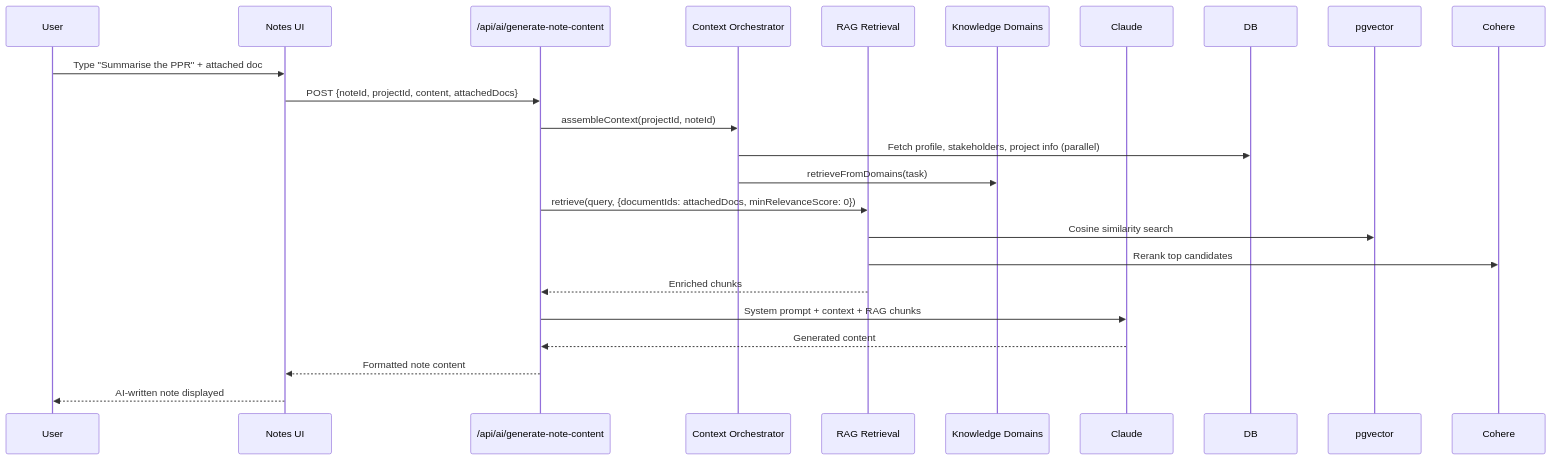
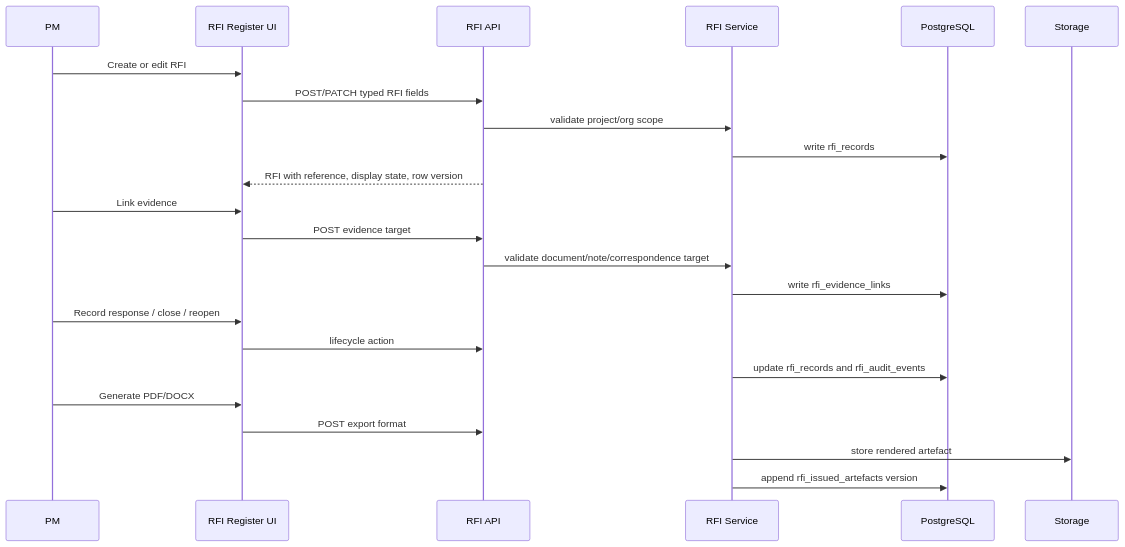
One commit to bennyclifton-svg/ASSEMBLE.AI-P2 changed the fourth of 6 diagrams in assemble.ai/docs/VISUAL_MAP.md. Above: the diagram before and after it, drawn with Mermaid. The commit also changed other lines of this file and 709 other files, not shown here.

````diff
--- a/assemble.ai/docs/VISUAL_MAP.md
+++ b/assemble.ai/docs/VISUAL_MAP.md
@@ -476,24 +105,29 @@
 ```mermaid
 sequenceDiagram
-    participant User
-    participant NoteUI as Notes UI
-    participant API as /api/ai/generate-note-content
-    participant Orch as Context Orchestrator
-    participant RAG as RAG Retrieval
-    participant Domains as Knowledge Domains
-    participant Claude
+    participant PM
+    participant UI as RFI Register UI
+    participant API as RFI API
+    participant Service as RFI Service
+    participant DB as PostgreSQL
+    participant Storage
 
-    User->>NoteUI: Type "Summarise the PPR" + attached doc
-    NoteUI->>API: POST {noteId, projectId, content, attachedDocs}
-    API->>Orch: assembleContext(projectId, noteId)
-    Orch->>DB: Fetch profile, stakeholders, project info (parallel)
-    Orch->>Domains: retrieveFromDomains(task)
-    API->>RAG: retrieve(query, {documentIds: attachedDocs, minRelevanceScore: 0})
-    RAG->>pgvector: Cosine similarity search
-    RAG->>Cohere: Rerank top candidates
-    RAG-->>API: Enriched chunks
-    API->>Claude: System prompt + context + RAG chunks
-    Claude-->>API: Generated content
-    API-->>NoteUI: Formatted note content
-    NoteUI-->>User: AI-written note displayed
+    PM->>UI: Create or edit RFI
+    UI->>API: POST/PATCH typed RFI fields
+    API->>Service: validate project/org scope
+    Service->>DB: write rfi_records
+    API-->>UI: RFI with reference, display state, row version
+
+    PM->>UI: Link evidence
+    UI->>API: POST evidence target
+    API->>Service: validate document/note/correspondence target
+    Service->>DB: write rfi_evidence_links
+
+    PM->>UI: Record response / close / reopen
+    UI->>API: lifecycle action
+    Service->>DB: update rfi_records and rfi_audit_events
+
+    PM->>UI: Generate PDF/DOCX
+    UI->>API: POST export format
+    Service->>Storage: store rendered artefact
+    Service->>DB: append rfi_issued_artefacts version
 ```
````
